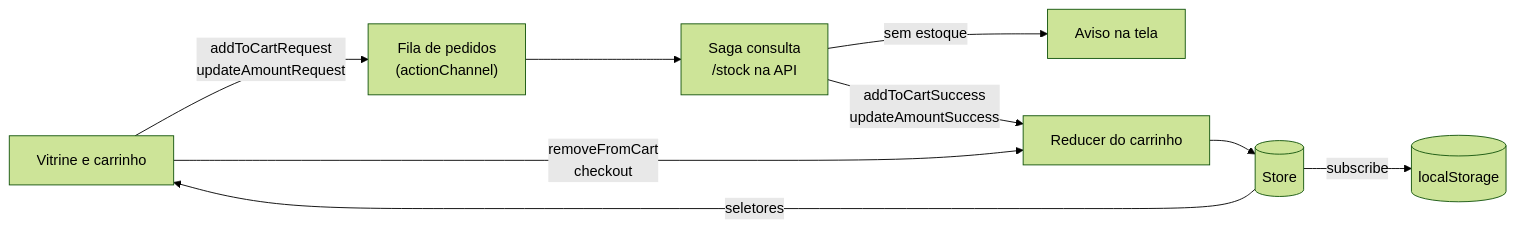
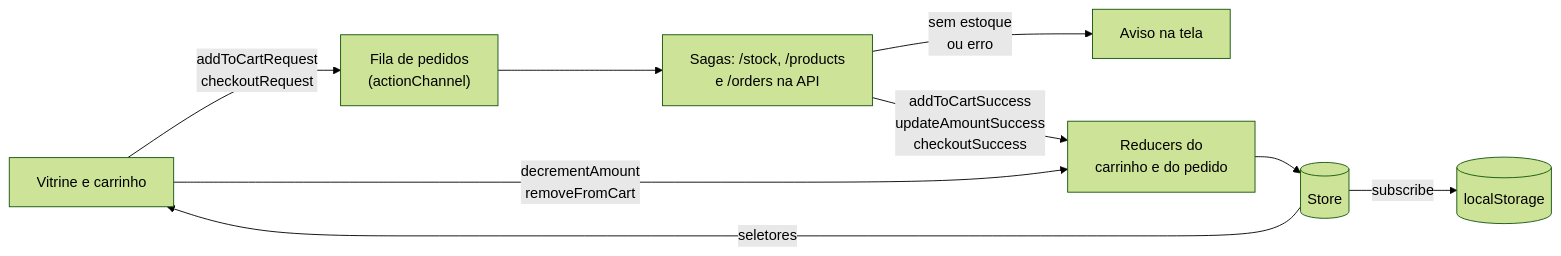
The diagram in README.md (luiz-matos/Rocket-Shoes), drawn with Mermaid (forest theme) before and after one commit. The commit also changed other lines of this file, not shown here.

First line of the commit message:
Atualiza o README com o pedido na API e o GIF

````diff
--- a/README.md
+++ b/README.md
@@ -105,11 +115,11 @@
 ```mermaid
 flowchart LR
-    Tela["Vitrine e carrinho"] -->|"addToCartRequest<br>updateAmountRequest"| Fila["Fila de pedidos<br>(actionChannel)"]
-    Fila --> Saga["Saga consulta<br>/stock na API"]
-    Saga -->|sem estoque| Aviso["Aviso na tela"]
-    Saga -->|"addToCartSuccess<br>updateAmountSuccess"| Reducer["Reducer do carrinho"]
-    Tela -->|"removeFromCart<br>checkout"| Reducer
+    Tela["Vitrine e carrinho"] -->|"addToCartRequest<br>checkoutRequest"| Fila["Fila de pedidos<br>(actionChannel)"]
+    Fila --> Saga["Sagas: /stock, /products<br>e /orders na API"]
+    Saga -->|"sem estoque<br>ou erro"| Aviso["Aviso na tela"]
+    Saga -->|"addToCartSuccess<br>updateAmountSuccess<br>checkoutSuccess"| Reducer["Reducers do<br>carrinho e do pedido"]
+    Tela -->|"decrementAmount<br>removeFromCart"| Reducer
     Reducer --> Store[("Store")]
     Store -->|seletores| Tela
     Store -->|subscribe| Local[("localStorage")]
 ```
````
